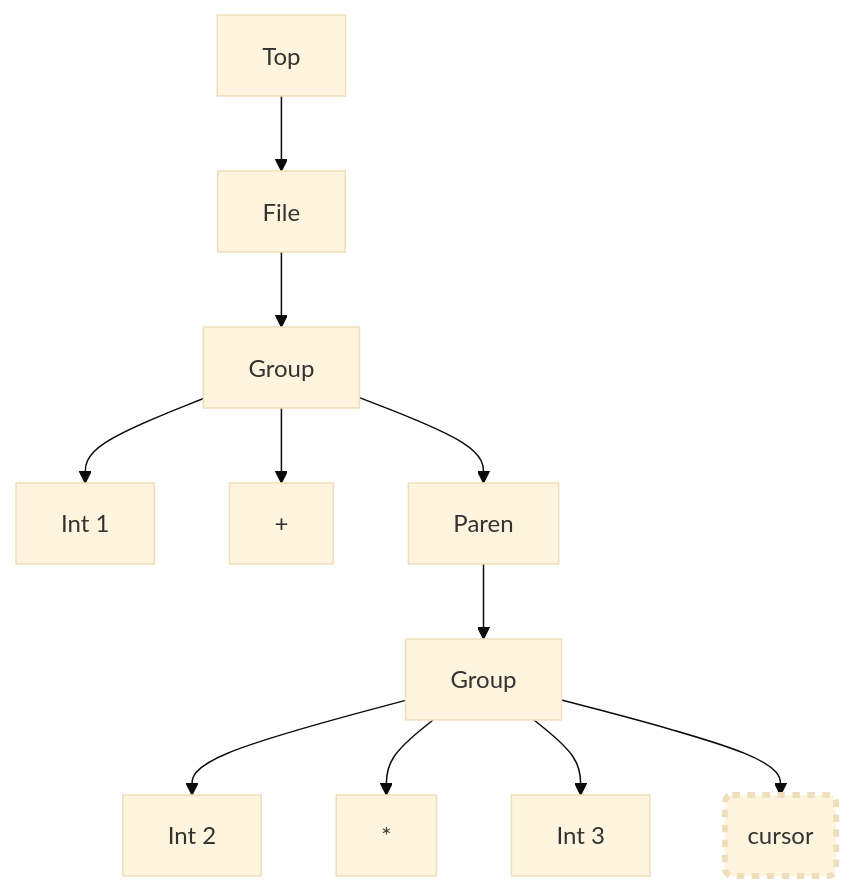
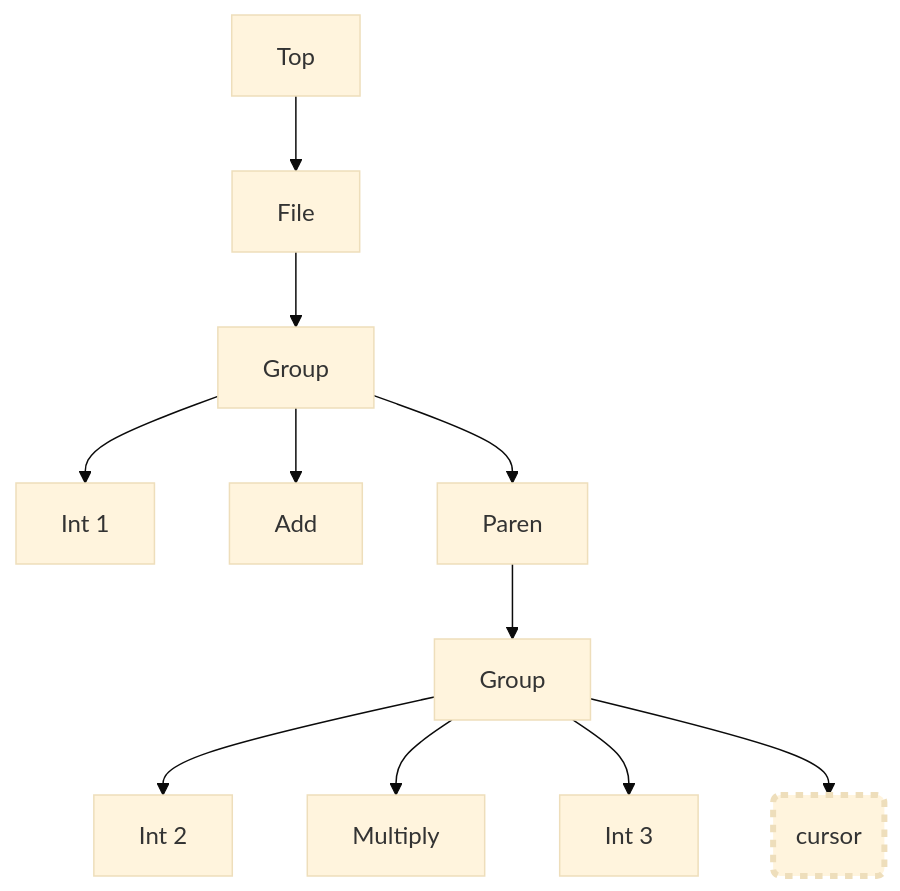
One commit to microsoft/Trieste changed diagram 13 of 27 in samples/infix/README.md. Above: the diagram before and after it, drawn with Mermaid (base theme). The commit also changed other lines of this file, not shown here.

````diff
--- a/samples/infix/README.md
+++ b/samples/infix/README.md
@@ -526,14 +526,14 @@
 ``` mermaid
 graph TD;
   A[Top]-->B[File]
   B-->C[Group]
   C-->D[Int 1]
-  C-->E[+]
+  C-->E[Add]
   C-->F[Paren]
   F-->G[Group]
   G-->H[Int 2]
-  G-->I[*]
+  G-->I[Multiply]
   G-->J[Int 3]
   G-->K(cursor):::cursor
   classDef cursor stroke-width:4px,stroke-dasharray:5 5;
 ```
````
